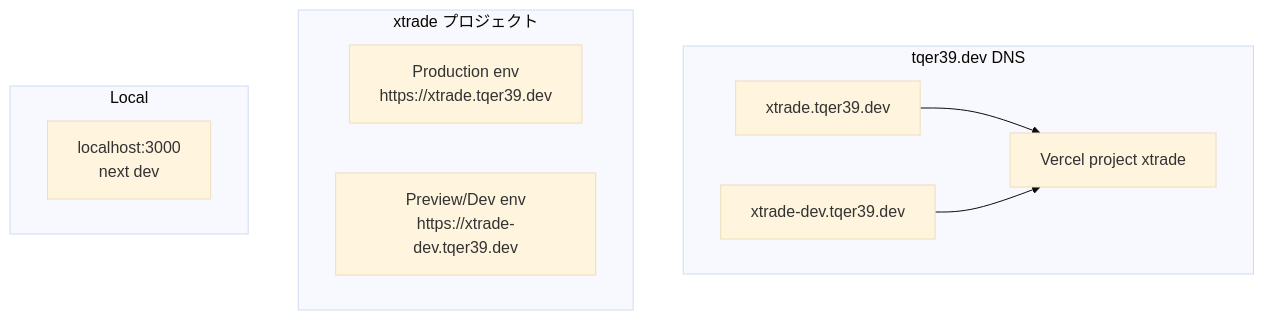
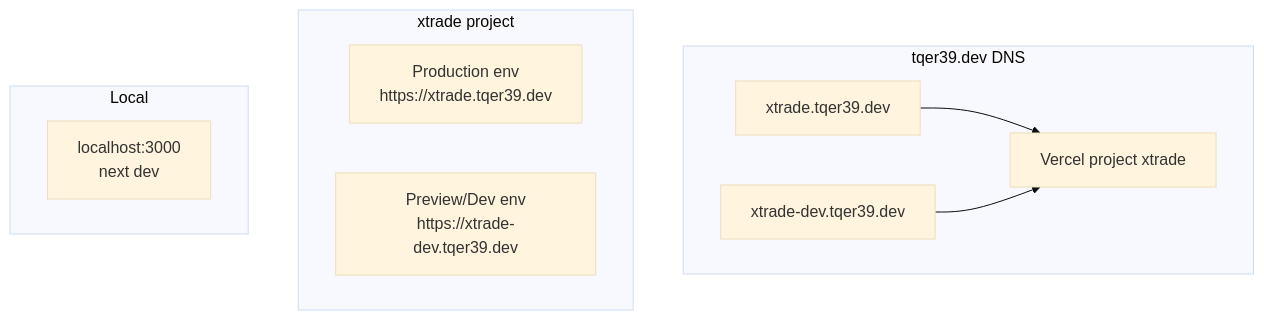
One commit to tqer39/xtrade changed the fourth of 4 diagrams in docs/architecture.md. Above: the diagram before and after it, drawn with Mermaid (base theme). The commit also changed other lines of this file and 6 other files, not shown here.

````diff
--- a/docs/architecture.md
+++ b/docs/architecture.md
@@ -355,16 +357,16 @@
 ```mermaid
 flowchart TD
   subgraph DNS[tqer39.dev DNS]
     A[xtrade.tqer39.dev] --> V[Vercel project xtrade]
     B[xtrade-dev.tqer39.dev] --> V
   end
 
-  subgraph Vercel[xtrade プロジェクト]
+  subgraph Vercel[xtrade project]
     V1[Production env<br/>https://xtrade.tqer39.dev]
     V2[Preview/Dev env<br/>https://xtrade-dev.tqer39.dev]
   end
 
   subgraph Local
     L[localhost:3000<br/>next dev]
   end
 ```
````
